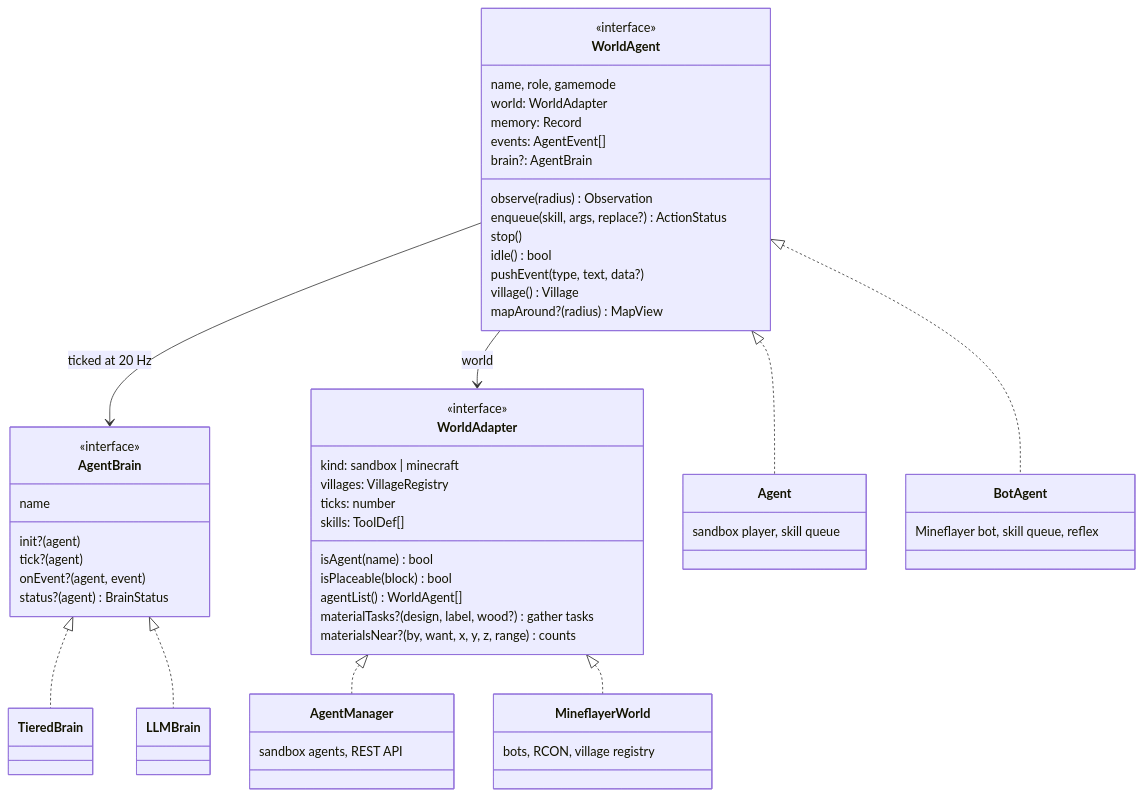
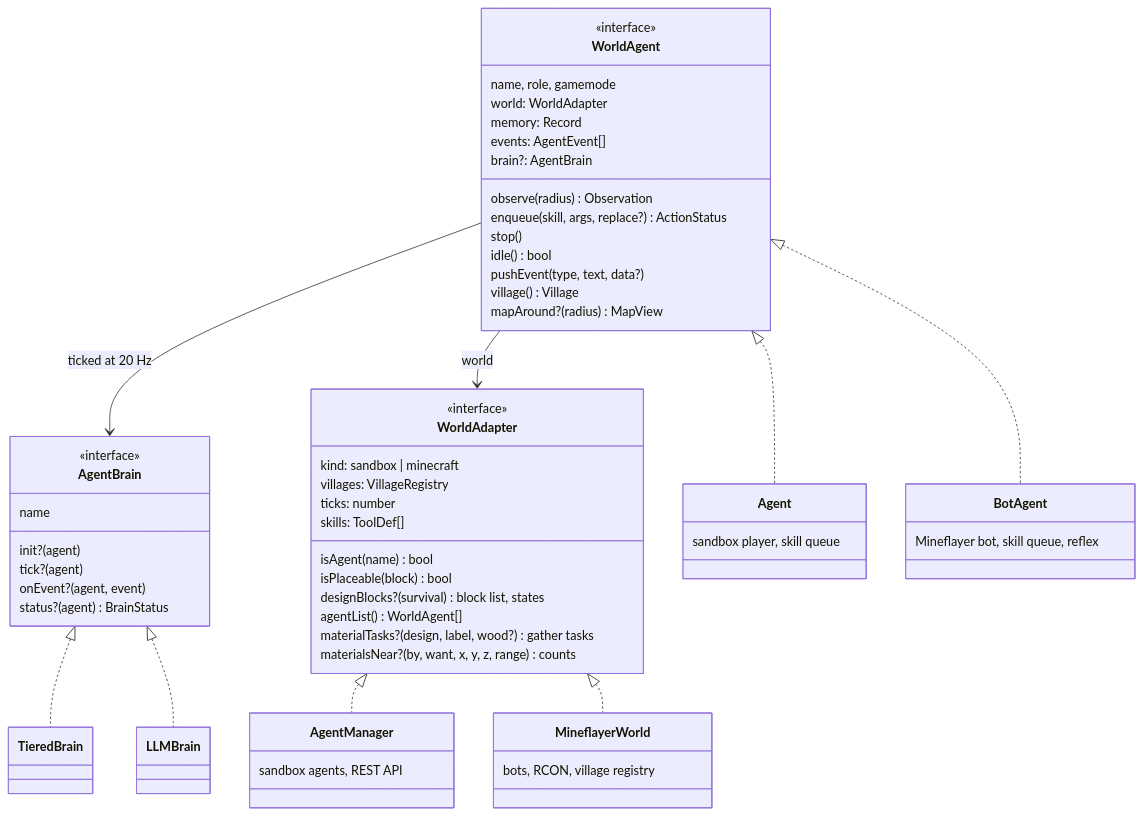
The second of 13 diagrams in docs/ARCHITECTURE.md (delphium226/MCAISandbox), drawn with Mermaid before and after one commit. The commit also changed other lines of this file and 3 other files, not shown here.

````diff
--- a/docs/ARCHITECTURE.md
+++ b/docs/ARCHITECTURE.md
@@ -81,60 +81,61 @@
 ```mermaid
 classDiagram
   class WorldAgent {
     <<interface>>
     name, role, gamemode
     world: WorldAdapter
     memory: Record
     events: AgentEvent[]
     brain?: AgentBrain
     observe(radius) Observation
     enqueue(skill, args, replace?) ActionStatus
     stop()
     idle() bool
     pushEvent(type, text, data?)
     village() Village
     mapAround?(radius) MapView
   }
   class WorldAdapter {
     <<interface>>
     kind: sandbox | minecraft
     villages: VillageRegistry
     ticks: number
     skills: ToolDef[]
     isAgent(name) bool
     isPlaceable(block) bool
+    designBlocks?(survival) block list, states
     agentList() WorldAgent[]
     materialTasks?(design, label, wood?) gather tasks
     materialsNear?(by, want, x, y, z, range) counts
   }
   class AgentBrain {
     <<interface>>
     name
     init?(agent)
     tick?(agent)
     onEvent?(agent, event)
     status?(agent) BrainStatus
   }
   class Agent {
     sandbox player, skill queue
   }
   class AgentManager {
     sandbox agents, REST API
   }
   class BotAgent {
     Mineflayer bot, skill queue, reflex
   }
   class MineflayerWorld {
     bots, RCON, village registry
   }
   class TieredBrain
   class LLMBrain
   WorldAgent <|.. Agent
   WorldAgent <|.. BotAgent
   WorldAdapter <|.. AgentManager
   WorldAdapter <|.. MineflayerWorld
   AgentBrain <|.. TieredBrain
   AgentBrain <|.. LLMBrain
   WorldAgent --> AgentBrain : ticked at 20 Hz
   WorldAgent --> WorldAdapter : world
 ```
````
